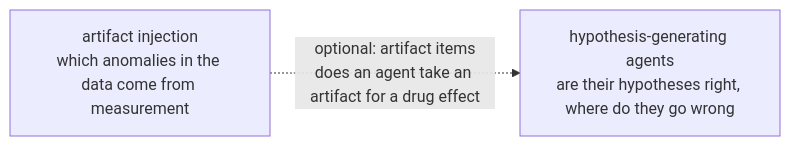
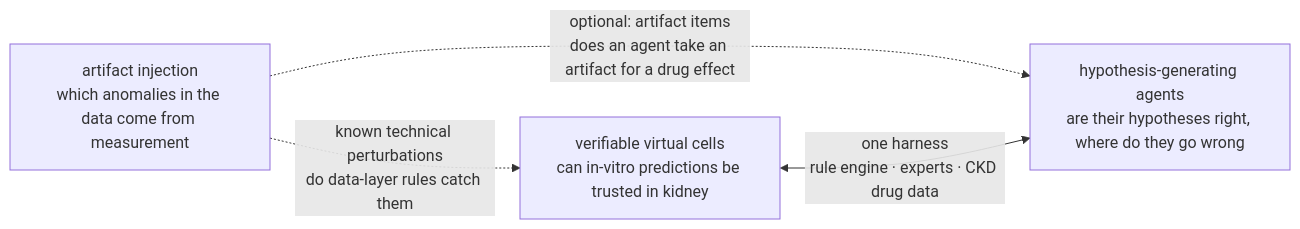
Before and after one commit to jasonjin34/Medical_reading_material: the diagram in docs/research/index.md, drawn with Mermaid. The commit also changed other lines of this file and 22 other files, not shown here.

First line of the commit message:
Add the verifiable virtual-cells topic: when in-vitro drug predictions can be trusted in kidney tissue

````diff
--- a/docs/research/index.md
+++ b/docs/research/index.md
@@ -33,4 +43,6 @@
 ```mermaid
 flowchart LR
   A["artifact injection<br/>which anomalies in the data come from measurement"] -.->|"optional: artifact items<br/>does an agent take an artifact for a drug effect"| G["hypothesis-generating agents<br/>are their hypotheses right, where do they go wrong"]
+  P["verifiable virtual cells<br/>can in-vitro predictions be trusted in kidney"] <-->|"one harness<br/>rule engine · experts · CKD drug data"| G
+  A -.->|"known technical perturbations<br/>do data-layer rules catch them"| P
 ```
````
